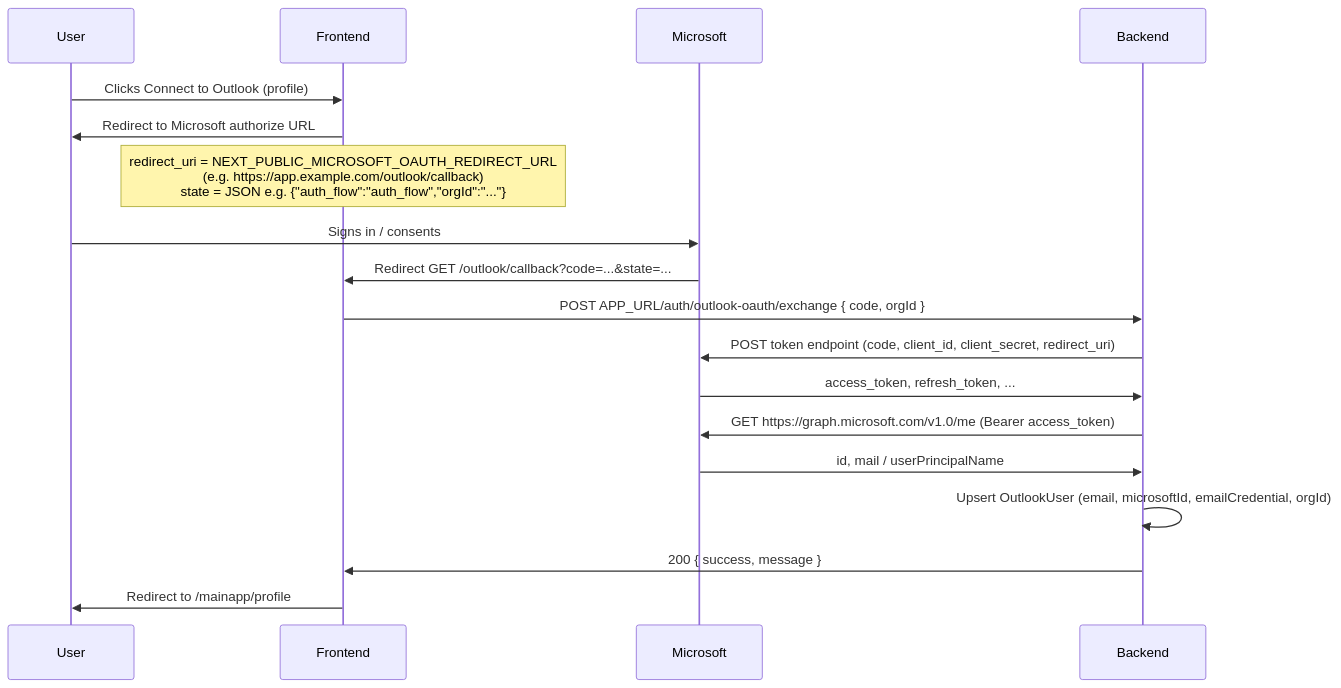
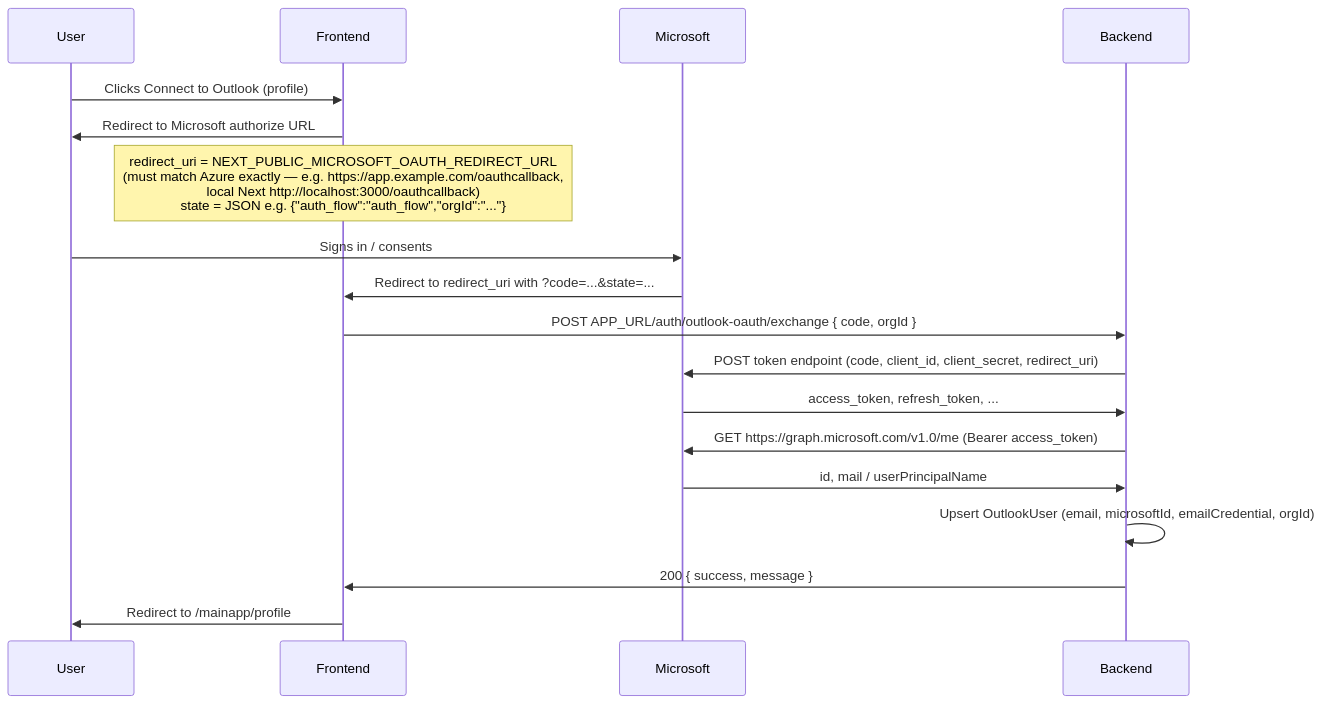
The diagram in docs/outlook-oauth-flow.md (sabinss/ai-assistant-backend), drawn with Mermaid before and after one commit. The commit also changed other lines of this file and 5 other files, not shown here.

First line of the commit message:
feat(org): add GET /organization/microsoft-users for agent Outlook

````diff
--- a/docs/outlook-oauth-flow.md
+++ b/docs/outlook-oauth-flow.md
@@ -7,26 +7,26 @@
 ```mermaid
 sequenceDiagram
     participant User
     participant Frontend
     participant Microsoft
     participant Backend
 
     User->>Frontend: Clicks Connect to Outlook (profile)
     Frontend->>User: Redirect to Microsoft authorize URL
-    Note over Frontend: redirect_uri = NEXT_PUBLIC_MICROSOFT_OAUTH_REDIRECT_URL<br/>(e.g. https://app.example.com/outlook/callback)<br/>state = JSON e.g. {"auth_flow":"auth_flow","orgId":"..."}
+    Note over Frontend: redirect_uri = NEXT_PUBLIC_MICROSOFT_OAUTH_REDIRECT_URL<br/>(must match Azure exactly — e.g. https://app.example.com/oauthcallback,<br/>local Next http://localhost:3000/oauthcallback)<br/>state = JSON e.g. {"auth_flow":"auth_flow","orgId":"..."}
 
     User->>Microsoft: Signs in / consents
-    Microsoft->>Frontend: Redirect GET /outlook/callback?code=...&state=...
+    Microsoft->>Frontend: Redirect to redirect_uri with ?code=...&state=...
 
     Frontend->>Backend: POST APP_URL/auth/outlook-oauth/exchange { code, orgId }
     Backend->>Microsoft: POST token endpoint (code, client_id, client_secret, redirect_uri)
     Microsoft->>Backend: access_token, refresh_token, ...
 
     Backend->>Microsoft: GET https://graph.microsoft.com/v1.0/me (Bearer access_token)
     Microsoft->>Backend: id, mail / userPrincipalName
 
     Backend->>Backend: Upsert OutlookUser (email, microsoftId, emailCredential, orgId)
     Backend->>Frontend: 200 { success, message }
 
     Frontend->>User: Redirect to /mainapp/profile
 ```
````
